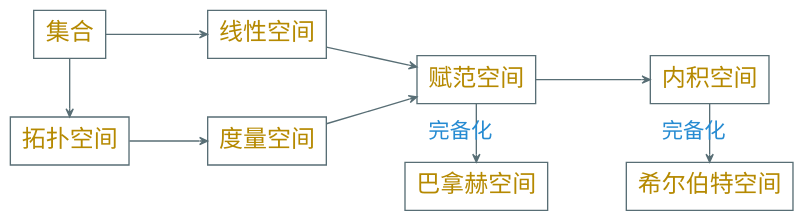
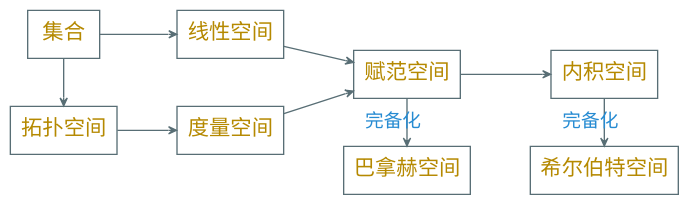
Before and after one commit to Avanti1980/course-ml: the diagram in dot/space.dot, drawn with Graphviz. The commit also changed 11 other files, not shown here.

```diff
--- a/dot/space.dot
+++ b/dot/space.dot
@@ -1,27 +1,27 @@
 digraph g {
-    graph [nodesep=0.3, ranksep=0.8]
+    graph [nodesep=0.25, ranksep=0.6]
     rankdir=LR
-    node [shape=box, color="#586e75", fontcolor="#b58900", fontsize=18, fontname="LXGWWenKai"]
-    edge [arrowhead=vee, color="#586e75", fontcolor="#268bd2", fontsize=16, fontname="LXGWWenKai", arrowsize=0.6]
+    node [shape=box, color="#586e75", fontcolor="#b58900", fontsize=16, fontname="LXGWWenKai"]
+    edge [arrowhead=vee, color="#586e75", fontcolor="#268bd2", fontsize=14, fontname="LXGWWenKai", arrowsize=0.6]
     bgcolor="transparent"
 
     集合 -> {线性空间, 拓扑空间}
 
     {rank=same; 集合; 拓扑空间}
 
     拓扑空间 -> 度量空间
 
     {rank=same; 线性空间; 度量空间}
 
     线性空间 -> 度量空间 [style=invis]
 
     {线性空间, 度量空间} -> 赋范空间 -> 内积空间
 
     {rank=same; 赋范空间; 巴拿赫空间}
 
     赋范空间 -> 巴拿赫空间 [label="完备化"]
 
     {rank=same; 内积空间; 希尔伯特空间}
 
     内积空间 -> 希尔伯特空间 [label="完备化"]
 }
```
